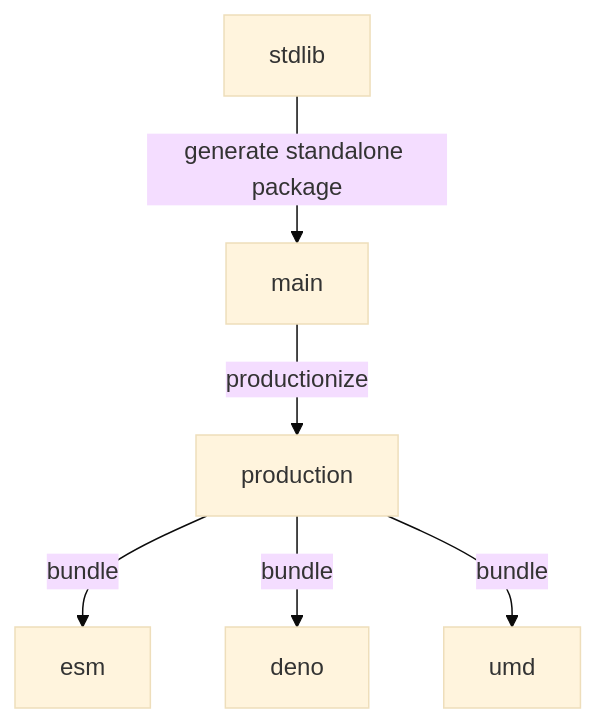
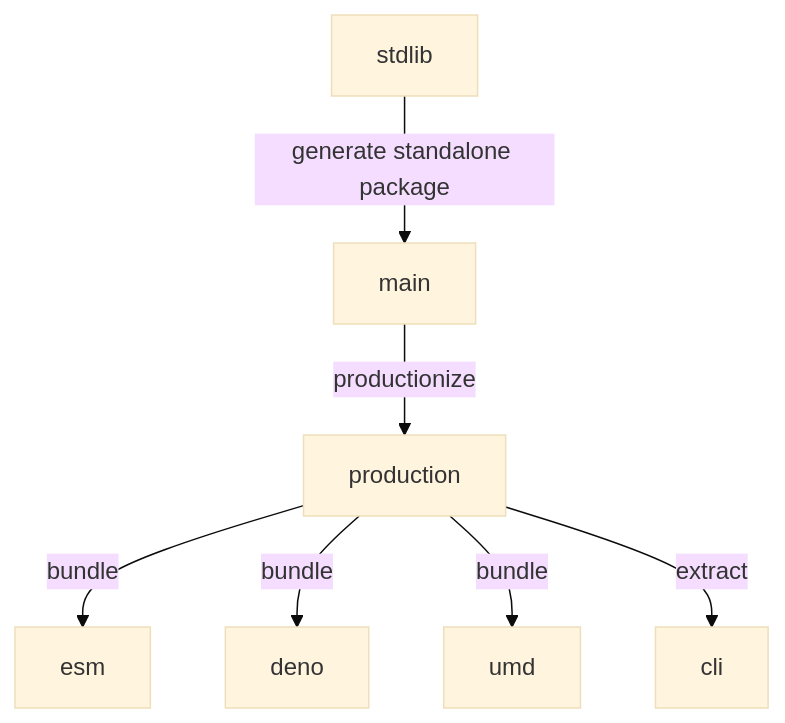
The diagram in branches.md (stdlib-js/namespace-pkg2related), drawn with Mermaid (base theme) before and after one commit. The commit also changed other lines of this file and 6 other files, not shown here.

````diff
--- a/branches.md
+++ b/branches.md
@@ -33,15 +34,17 @@
 ```mermaid
 graph TD;
 A[stdlib]-->|generate standalone package|B;
 B[main] -->|productionize| C[production];
 C -->|bundle| D[esm];
 C -->|bundle| E[deno];
 C -->|bundle| F[umd];
+C -->|extract| G[cli];
 
-click A href "https://github.com/stdlib-js/stdlib/tree/develop/lib/node_modules/%40stdlib/namespace/pkg2related"
-click B href "https://github.com/stdlib-js/namespace-pkg2related/tree/main"
-click C href "https://github.com/stdlib-js/namespace-pkg2related/tree/production"
-click D href "https://github.com/stdlib-js/namespace-pkg2related/tree/esm"
-click E href "https://github.com/stdlib-js/namespace-pkg2related/tree/deno"
-click F href "https://github.com/stdlib-js/namespace-pkg2related/tree/umd"
+%% click A href "https://github.com/stdlib-js/stdlib/tree/develop/lib/node_modules/%40stdlib/namespace/pkg2related"
+%% click B href "https://github.com/stdlib-js/namespace-pkg2related/tree/main"
+%% click C href "https://github.com/stdlib-js/namespace-pkg2related/tree/production"
+%% click D href "https://github.com/stdlib-js/namespace-pkg2related/tree/esm"
+%% click E href "https://github.com/stdlib-js/namespace-pkg2related/tree/deno"
+%% click F href "https://github.com/stdlib-js/namespace-pkg2related/tree/umd"
+%% click G href "https://github.com/stdlib-js/namespace-pkg2related/tree/cli"
 ```
````
